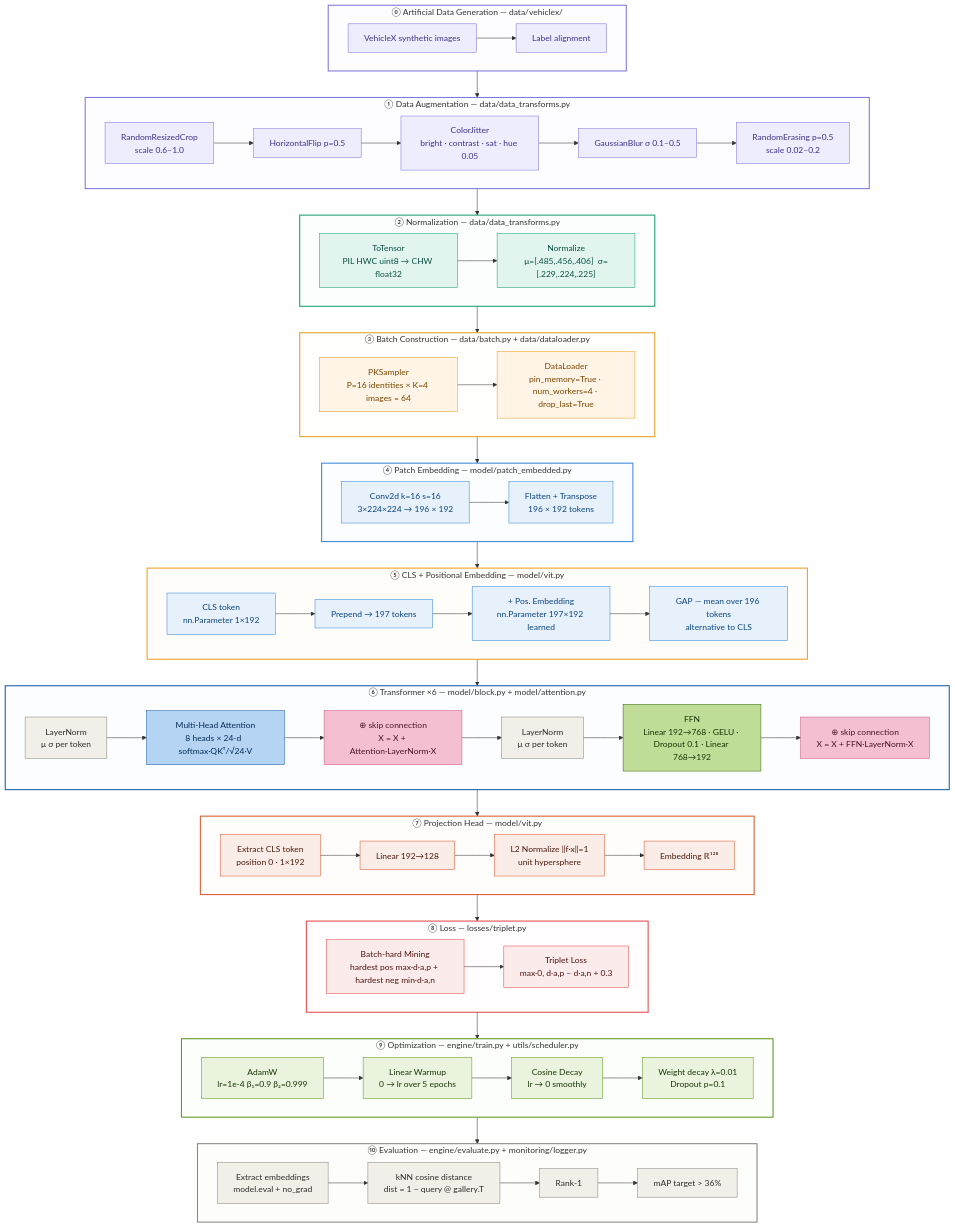
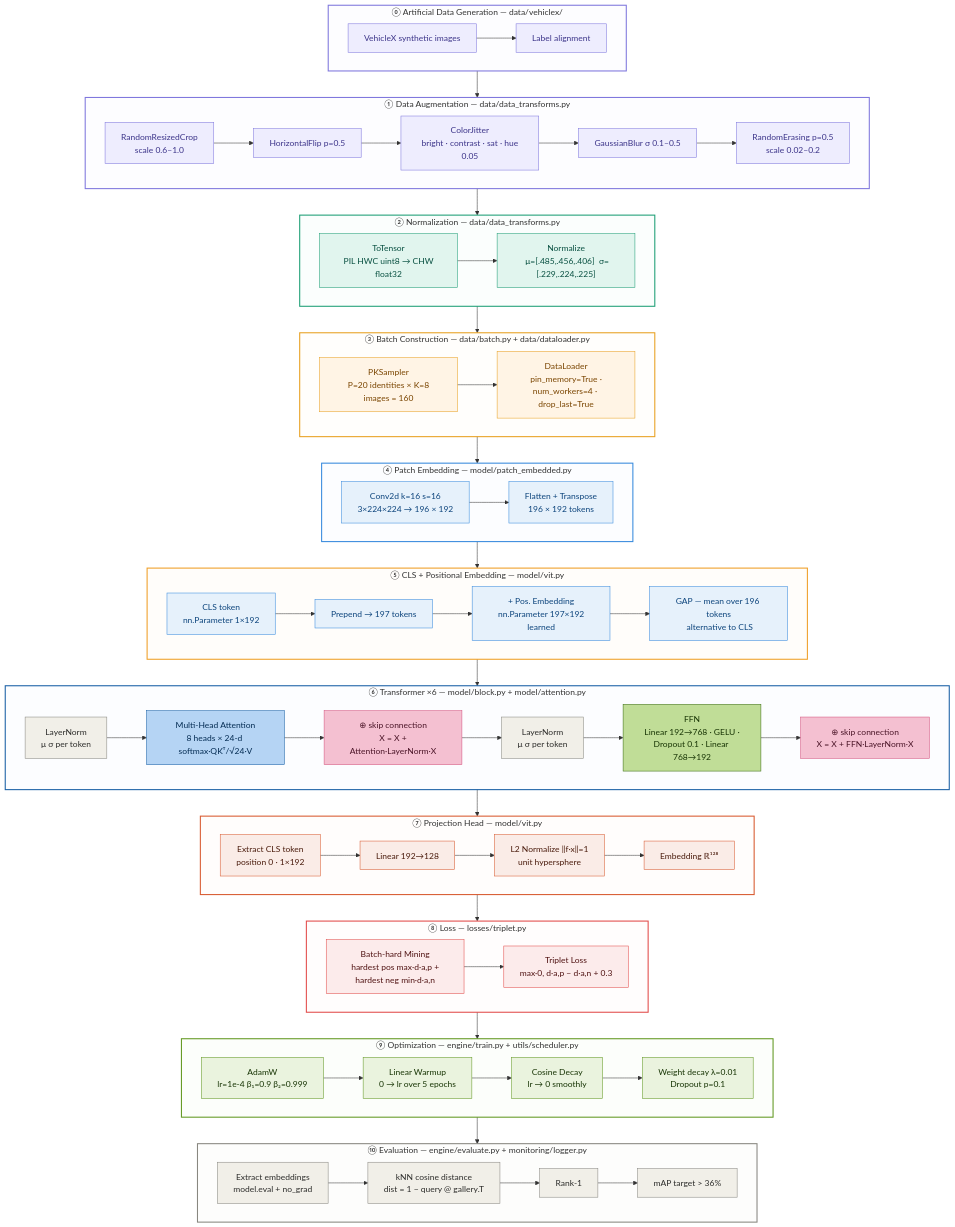
Before and after one commit to Volvert/INFO8010-DeepLearing: the second of 2 diagrams in README.md, drawn with Mermaid. The commit also changed other lines of this file, not shown here.

First line of the commit message:
Update dataset details and architecture motivation

```diff
--- a/README.md
+++ b/README.md
@@ -252,73 +395,73 @@
     subgraph DA["① Data Augmentation — data/data_transforms.py"]
         A1["RandomResizedCrop\nscale 0.6–1.0"]:::aug
         A2["HorizontalFlip p=0.5"]:::aug
-        A3["ColorJitter\nbright · contrast · sat · hue 0.05"]:::aug
+        A3["ColorJitter\n bright · contrast · sat · hue 0.05"]:::aug
         A4["GaussianBlur σ 0.1–0.5"]:::aug
-        A5["RandomErasing p=0.5\nscale 0.02–0.2"]:::aug
+        A5["RandomErasing p=0.5\n scale 0.02–0.2"]:::aug
         A1-->A2-->A3-->A4-->A5
     end
 
     subgraph NO["② Normalization — data/data_transforms.py"]
-        B1["ToTensor\nPIL HWC uint8 → CHW float32"]:::norm
-        B2["Normalize\nμ=[.485,.456,.406]  σ=[.229,.224,.225]"]:::norm
+        B1["ToTensor\n PIL HWC uint8 → CHW float32"]:::norm
+        B2["Normalize\n μ=[.485,.456,.406]  σ=[.229,.224,.225]"]:::norm
         B1-->B2
     end
 
     subgraph BA["③ Batch Construction — data/batch.py + data/dataloader.py"]
-        BA1["PKSampler\nP=16 identities × K=4 images = 64"]:::batch
-        BA2["DataLoader\npin_memory=True · num_workers=4 · drop_last=True"]:::batch
+        BA1["PKSampler\n P=20 identities × K=8 images = 160"]:::batch
+        BA2["DataLoader\n pin_memory=True · num_workers=4 · drop_last=True"]:::batch
         BA1-->BA2
     end
 
     subgraph PE["④ Patch Embedding — model/patch_embedded.py"]
-        C1["Conv2d k=16 s=16\n3×224×224 → 196 × 192"]:::model
-        C2["Flatten + Transpose\n196 × 192 tokens"]:::model
+        C1["Conv2d k=16 s=16\n 3×224×224 → 196 × 192"]:::model
+        C2["Flatten + Transpose\n 196 × 192 tokens"]:::model
         C1-->C2
     end
 
     subgraph CLS["⑤ CLS + Positional Embedding — model/vit.py"]
         D1["CLS token\nnn.Parameter 1×192"]:::model
         D2["Prepend → 197 tokens"]:::model
-        D3["+ Pos. Embedding\nnn.Parameter 197×192 learned"]:::model
-        D4["GAP — mean over 196 tokens\nalternative to CLS"]:::model
+        D3["+ Pos. Embedding\n nn.Parameter 197×192 learned"]:::model
+        D4["GAP — mean over 196 tokens\n alternative to CLS"]:::model
         D1-->D2-->D3-->D4
     end
 
     subgraph TR["⑥ Transformer ×6 — model/block.py + model/attention.py"]
-        E1["LayerNorm\nμ σ per token"]:::eval
-        E2["Multi-Head Attention\n8 heads × 24-d  softmax·QKᵀ/√24·V"]:::attn
-        E3["⊕ skip connection\nX = X + Attention·LayerNorm·X"]:::skip
-        E4["LayerNorm\nμ σ per token"]:::eval
-        E5["FFN\nLinear 192→768 · GELU · Dropout 0.1 · Linear 768→192"]:::ffn
-        E6["⊕ skip connection\nX = X + FFN·LayerNorm·X"]:::skip
+        E1["LayerNorm\n μ σ per token"]:::eval
+        E2["Multi-Head Attention\n 8 heads × 24-d  softmax·QKᵀ/√24·V"]:::attn
+        E3["⊕ skip connection\n X = X + Attention·LayerNorm·X"]:::skip
+        E4["LayerNorm\n μ σ per token"]:::eval
+        E5["FFN\n Linear 192→768 · GELU · Dropout 0.1 · Linear 768→192"]:::ffn
+        E6["⊕ skip connection\n X = X + FFN·LayerNorm·X"]:::skip
         E1-->E2-->E3-->E4-->E5-->E6
     end
 
     subgraph PH["⑦ Projection Head — model/vit.py"]
-        F1["Extract CLS token\nposition 0 · 1×192"]:::head
+        F1["Extract CLS token\n position 0 · 1×192"]:::head
         F2["Linear 192→128"]:::head
-        F3["L2 Normalize  ‖f·x‖=1\nunit hypersphere"]:::head
+        F3["L2 Normalize  ‖f·x‖=1\n unit hypersphere"]:::head
         F4["Embedding ℝ¹²⁸"]:::head
         F1-->F2-->F3-->F4
     end
 
     subgraph LO["⑧ Loss — losses/triplet.py"]
-        G1["Batch-hard Mining\nhardest pos max·d·a,p + hardest neg min·d·a,n"]:::loss
-        G2["Triplet Loss\nmax·0, d·a,p − d·a,n + 0.3"]:::loss
+        G1["Batch-hard Mining\n hardest pos max·d·a,p + hardest neg min·d·a,n"]:::loss
+        G2["Triplet Loss\n max·0, d·a,p − d·a,n + 0.3"]:::loss
         G1-->G2
     end
 
     subgraph OP["⑨ Optimization — engine/train.py + utils/scheduler.py"]
         H1["AdamW\nlr=1e-4  β₁=0.9  β₂=0.999"]:::optim
-        H2["Linear Warmup\n0 → lr over 5 epochs"]:::optim
-        H3["Cosine Decay\nlr → 0 smoothly"]:::optim
-        H4["Weight decay λ=0.01\nDropout p=0.1"]:::optim
+        H2["Linear Warmup\n 0 → lr over 5 epochs"]:::optim
+        H3["Cosine Decay\n lr → 0 smoothly"]:::optim
+        H4["Weight decay λ=0.01\n Dropout p=0.1"]:::optim
         H1-->H2-->H3-->H4
     end
 
     subgraph EV["⑩ Evaluation — engine/evaluate.py + monitoring/logger.py"]
-        I1["Extract embeddings\nmodel.eval + no_grad"]:::eval
-        I2["kNN cosine distance\ndist = 1 − query @ gallery.T"]:::eval
+        I1["Extract embeddings\n model.eval + no_grad"]:::eval
+        I2["kNN cosine distance\n dist = 1 − query @ gallery.T"]:::eval
         I3["Rank-1"]:::eval
         I4["mAP  target > 36%"]:::eval
         I1-->I2-->I3-->I4
```
